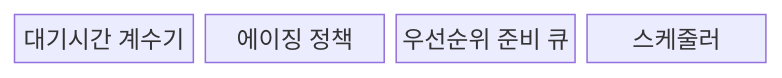
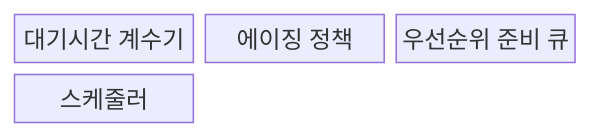
One commit to agnusdei1207/knowledge-base changed the first of 2 diagrams in src/content/docs/notes/03-software/011_starvation_aging.md. Above: the diagram before and after it, drawn with Mermaid. The commit also changed other lines of this file and 238 other files, not shown here.

````diff
--- a/src/content/docs/notes/03-software/011_starvation_aging.md
+++ b/src/content/docs/notes/03-software/011_starvation_aging.md
@@ -57,8 +57,8 @@
 ```mermaid
-block
-  columns 4
+block-beta
+  columns 3
   C["대기시간 계수기"]
   A["에이징 정책"]
   Q["우선순위 준비 큐"]
   S["스케줄러"]
 ```
````
